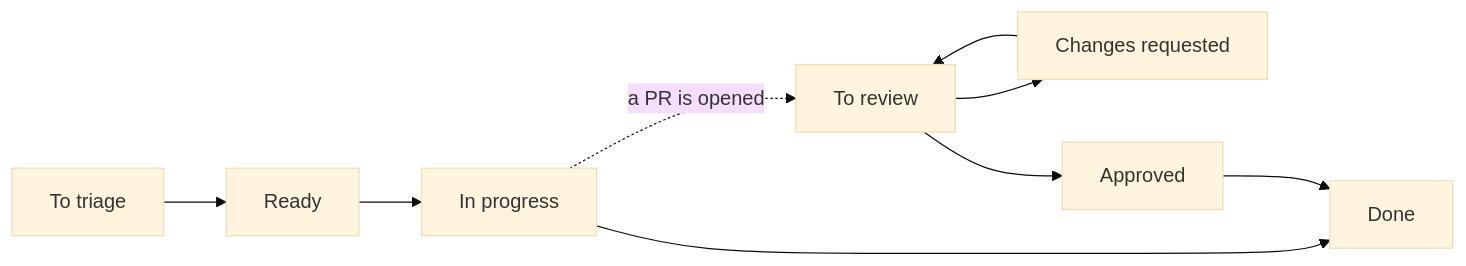
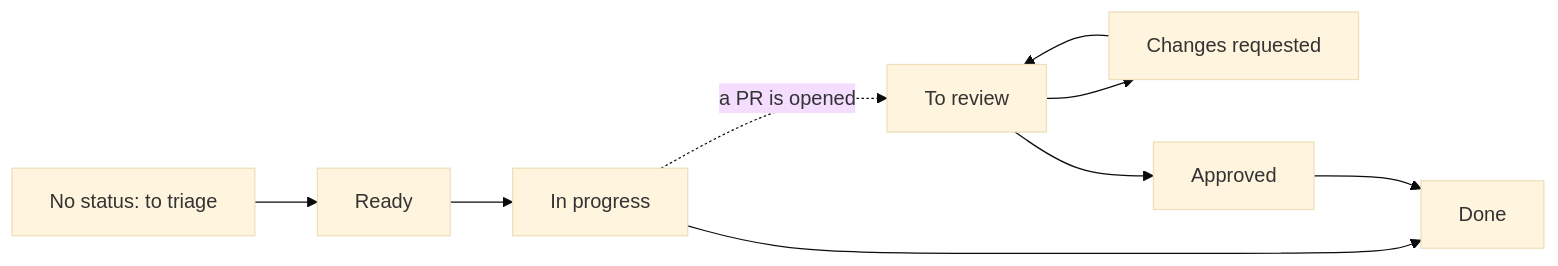
Before and after one commit to MasterLaplace/LplCraftSkills: the second of 2 diagrams in skills/tenir-la-forge/SKILL.md, drawn with Mermaid (base theme). The commit also changed other lines of this file and 1 other file, not shown here.

First line of the commit message:
docs(tenir-la-forge): a project has one entry status, and the view endpoint takes the login (#17)

````diff
--- a/skills/tenir-la-forge/SKILL.md
+++ b/skills/tenir-la-forge/SKILL.md
@@ -116,7 +116,7 @@
 ```mermaid
 flowchart LR
-  T["To triage"] --> P["Ready"] --> C["In progress"] --> D["Done"]
+  T["No status: to triage"] --> P["Ready"] --> C["In progress"] --> D["Done"]
   V["To review"] --> X["Changes requested"] --> V
   V --> A["Approved"] --> D
   C -. "a PR is opened" .-> V
 ```
````
